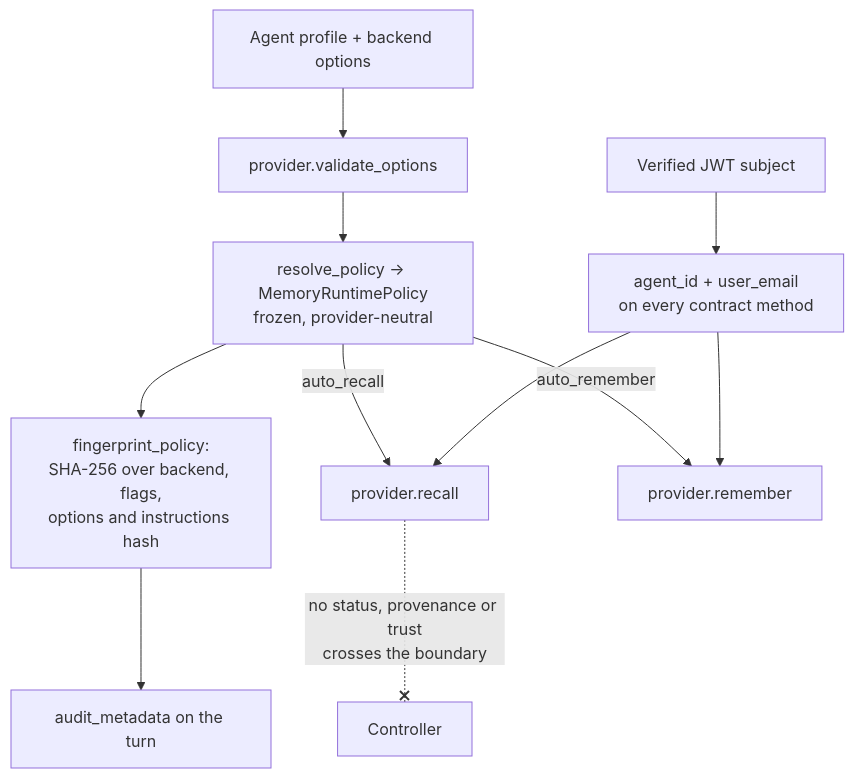
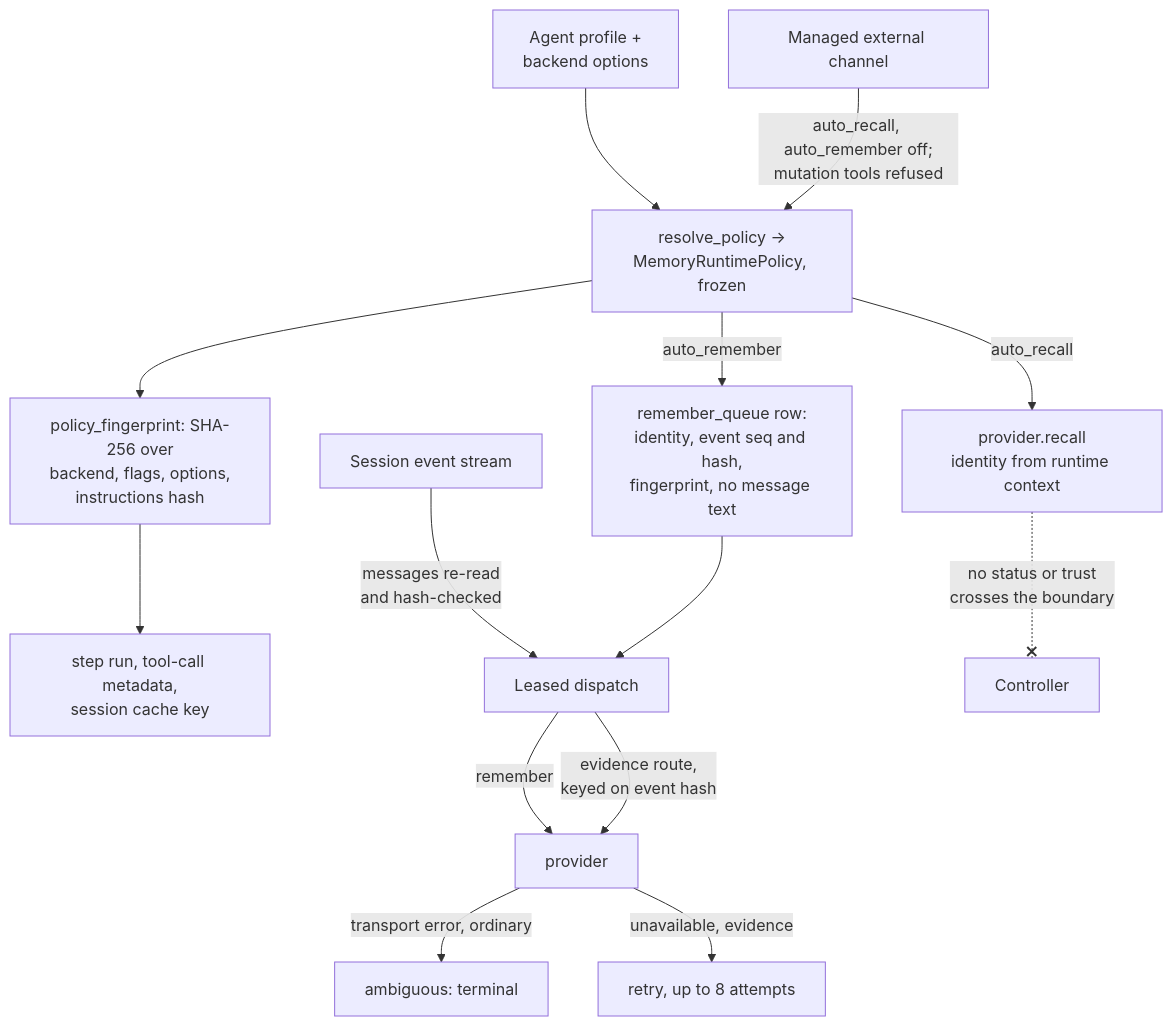
One commit to neoneye/agent-memory-atlas changed the diagram in content/systems/cognis.md. Above: the diagram before and after it, drawn with Mermaid. The commit also changed other lines of this file and 11 other files, not shown here.

````diff
--- a/content/systems/cognis.md
+++ b/content/systems/cognis.md
@@ -96,14 +102,17 @@
 ```mermaid
-%% caption: the policy is frozen and fingerprinted into the turn's audit metadata before either hook runs, and no status, provenance or trust crosses back over the provider boundary
+%% caption: the policy is frozen and fingerprinted before either hook runs; a write is queued with the fingerprint and re-read from the event stream at dispatch; no status or trust crosses back over the provider boundary
 flowchart TD
-    O["Agent profile + backend options"] --> V["provider.validate_options"]
-    V --> RP["resolve_policy → MemoryRuntimePolicy<br/>frozen, provider-neutral"]
-    RP --> FP["fingerprint_policy:<br/>SHA-256 over backend, flags,<br/>options and instructions hash"]
-    FP --> AM["audit_metadata on the turn"]
-    RP -- "auto_recall" --> R["provider.recall"]
-    RP -- "auto_remember" --> W["provider.remember"]
-    JWT["Verified JWT subject"] --> ID["agent_id + user_email<br/>on every contract method"]
-    ID --> R
-    ID --> W
-    R -. "no status, provenance or trust<br/>crosses the boundary" .-x HOST["Controller"]
+    O["Agent profile +<br/>backend options"] --> RP["resolve_policy →<br/>MemoryRuntimePolicy, frozen"]
+    EXT["Managed external channel"] -- "auto_recall, auto_remember off;<br/>mutation tools refused" --> RP
+    RP --> FP["policy_fingerprint: SHA-256 over<br/>backend, flags, options,<br/>instructions hash"]
+    FP --> ST["step run, tool-call metadata,<br/>session cache key"]
+    RP -- "auto_recall" --> R["provider.recall<br/>identity from runtime context"]
+    RP -- "auto_remember" --> Q["remember_queue row:<br/>identity, event seq and hash,<br/>fingerprint, no message text"]
+    ES["Session event stream"] -- "messages re-read<br/>and hash-checked" --> D["Leased dispatch"]
+    Q --> D
+    D -- "remember" --> W["provider"]
+    D -- "evidence route,<br/>keyed on event hash" --> W
+    W -- "transport error, ordinary" --> AMB["ambiguous: terminal"]
+    W -- "unavailable, evidence" --> RET["retry, up to 8 attempts"]
+    R -. "no status or trust<br/>crosses the boundary" .-x HOST["Controller"]
 ```
````
